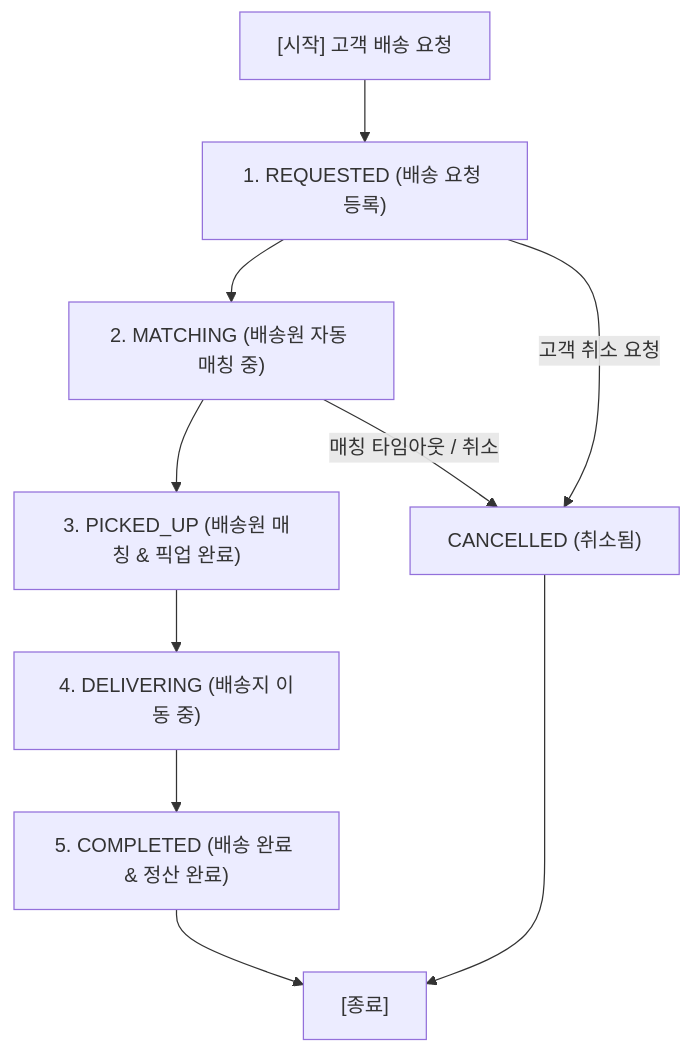
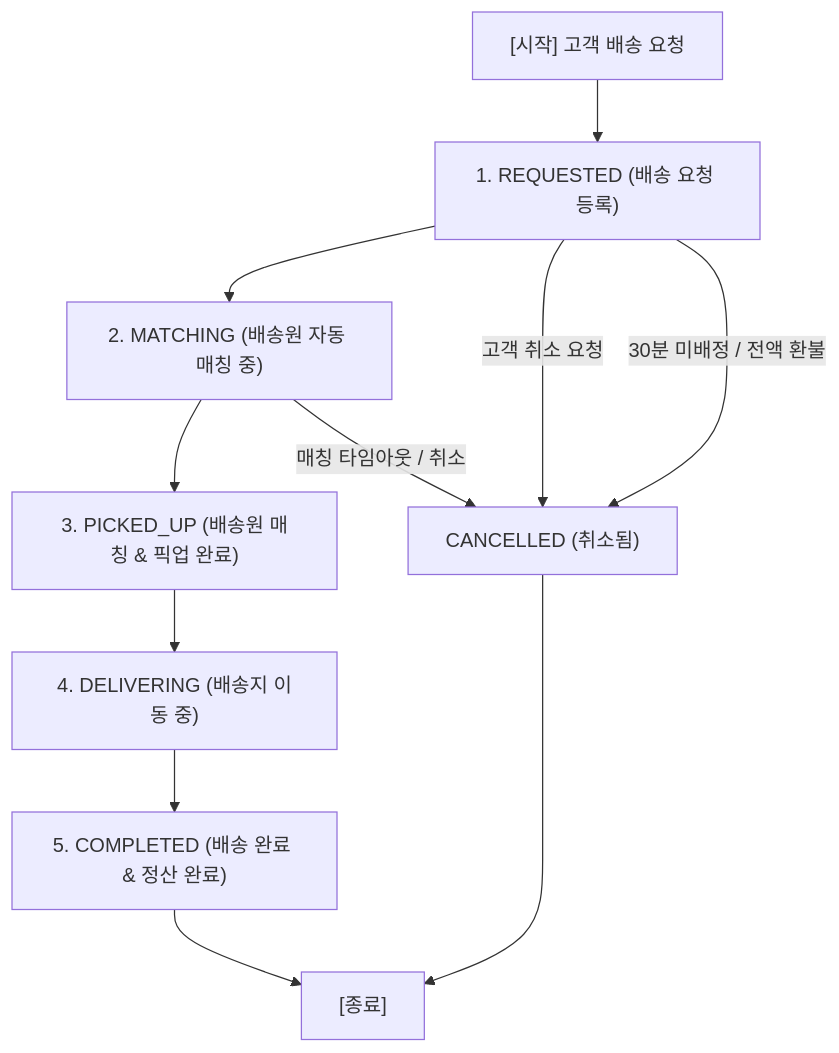
One commit to ShinhanDSProject/shinhan-delivery changed the diagram in docs/design/배송-상태-전이도.md. Above: the diagram before and after it, drawn with Mermaid. The commit also changed other lines of this file and 34 other files, not shown here.

````diff
--- a/docs/design/배송-상태-전이도.md
+++ b/docs/design/배송-상태-전이도.md
@@ -15,14 +15,15 @@
 ```mermaid
 graph TD
     Node_Start["[시작] 고객 배송 요청"] --> State_Requested["1. REQUESTED (배송 요청 등록)"]
     State_Requested --> State_Matching["2. MATCHING (배송원 자동 매칭 중)"]
     State_Matching --> State_PickedUp["3. PICKED_UP (배송원 매칭 & 픽업 완료)"]
     State_PickedUp --> State_Delivering["4. DELIVERING (배송지 이동 중)"]
     State_Delivering --> State_Completed["5. COMPLETED (배송 완료 & 정산 완료)"]
 
     State_Requested -- "고객 취소 요청" --> State_Cancelled["CANCELLED (취소됨)"]
+    State_Requested -- "30분 미배정 / 전액 환불" --> State_Cancelled
     State_Matching -- "매칭 타임아웃 / 취소" --> State_Cancelled
 
     State_Completed --> Node_End["[종료]"]
     State_Cancelled --> Node_End["[종료]"]
 ```
````
